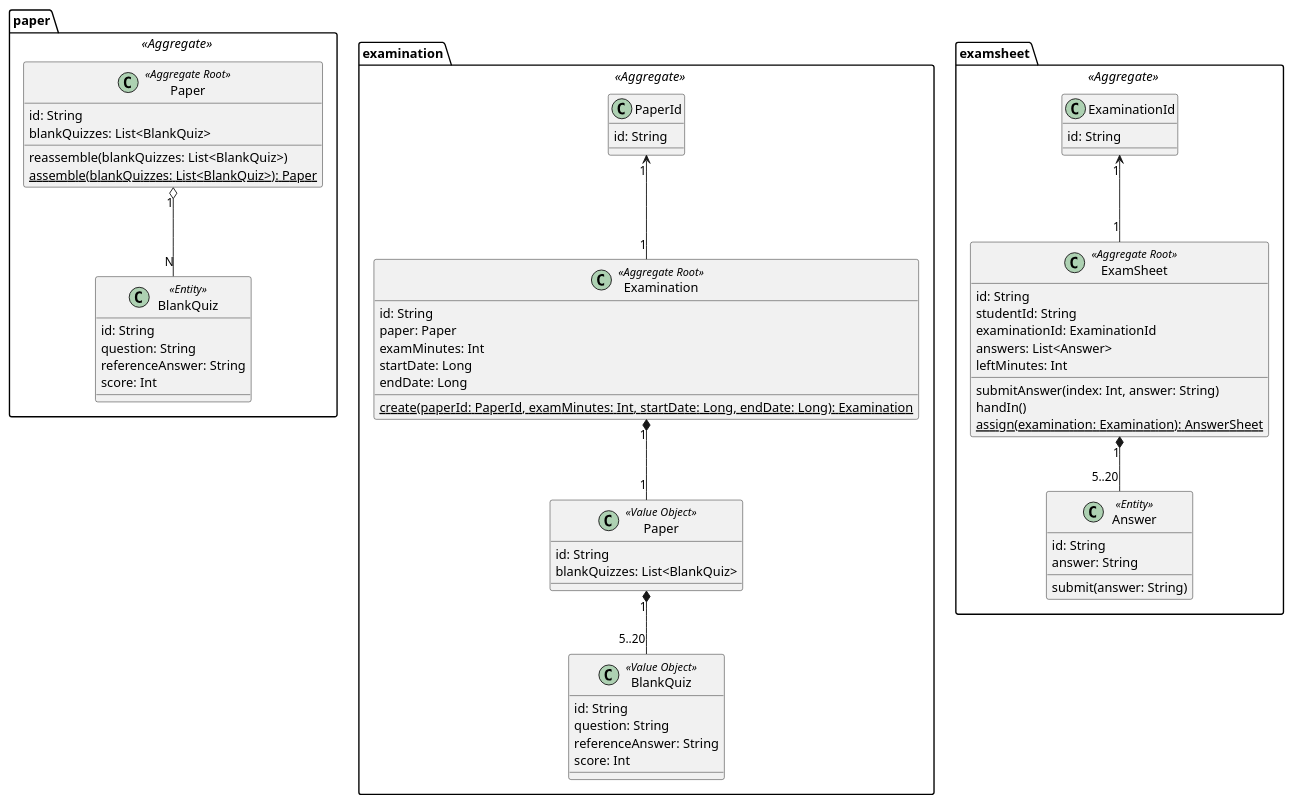
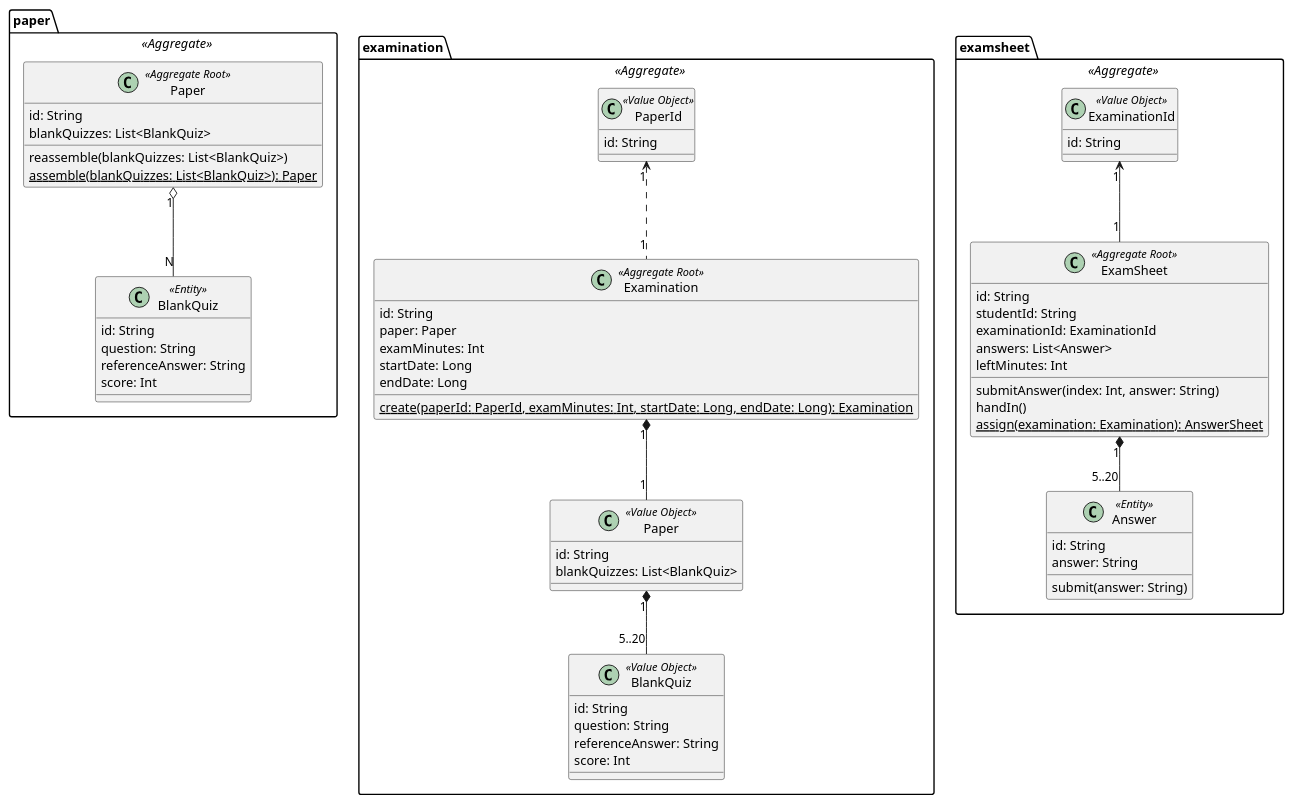
One commit to jie-meng/Exam changed the diagram in design/exam.puml. Above: the diagram before and after it, drawn with PlantUML.

```diff
--- a/design/exam.puml
+++ b/design/exam.puml
@@ -1,81 +1,81 @@
 @startuml
 
 package paper <<Aggregate>> {
 
     class Paper <<Aggregate Root>> {
         id: String
         blankQuizzes: List<BlankQuiz>
         reassemble(blankQuizzes: List<BlankQuiz>)
         {static} assemble(blankQuizzes: List<BlankQuiz>): Paper
     }
 
     class BlankQuiz <<Entity>> {
         id: String
         question: String
         referenceAnswer: String
         score: Int
     }
 
     Paper "1" o-- "N" BlankQuiz
 }
 
 package examination <<Aggregate>> {
 
     class Examination <<Aggregate Root>> {
         id: String
         paper: Paper
         examMinutes: Int
         startDate: Long
         endDate: Long
         {static} create(paperId: PaperId, examMinutes: Int, startDate: Long, endDate: Long): Examination
     }
 
     class "Paper" as P <<Value Object>> {
         id: String
         blankQuizzes: List<BlankQuiz>
     }
 
     class "BlankQuiz" as Q <<Value Object>> {
         id: String
         question: String
         referenceAnswer: String
         score: Int
     }
 
-    class PaperId {
+    class PaperId <<Value Object>> {
         id: String
     }
 
     Examination "1" *-- "1" P
     P "1" *-- "5..20" Q
-    PaperId "1" <-- "1" Examination
+    PaperId "1" <.. "1" Examination
 }
 
 package examsheet <<Aggregate>> {
 
     class ExamSheet <<Aggregate Root>> {
         id: String
         studentId: String
         examinationId: ExaminationId
         answers: List<Answer>
         leftMinutes: Int
         submitAnswer(index: Int, answer: String)
         handIn()
         {static} assign(examination: Examination): AnswerSheet
     }
 
     class Answer <<Entity>> {
         id: String
         answer: String
         submit(answer: String)
     }
 
-    class ExaminationId {
+    class ExaminationId <<Value Object>> {
         id: String
     }
 
     ExaminationId "1" <-- "1" ExamSheet
     ExamSheet "1" *-- "5..20" Answer
 }
 
 @enduml
```
